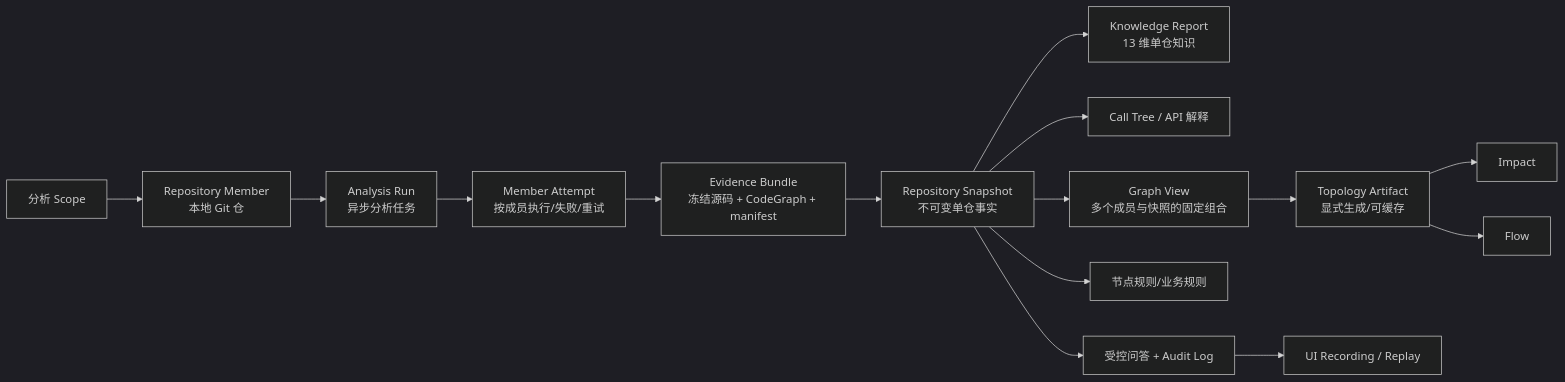
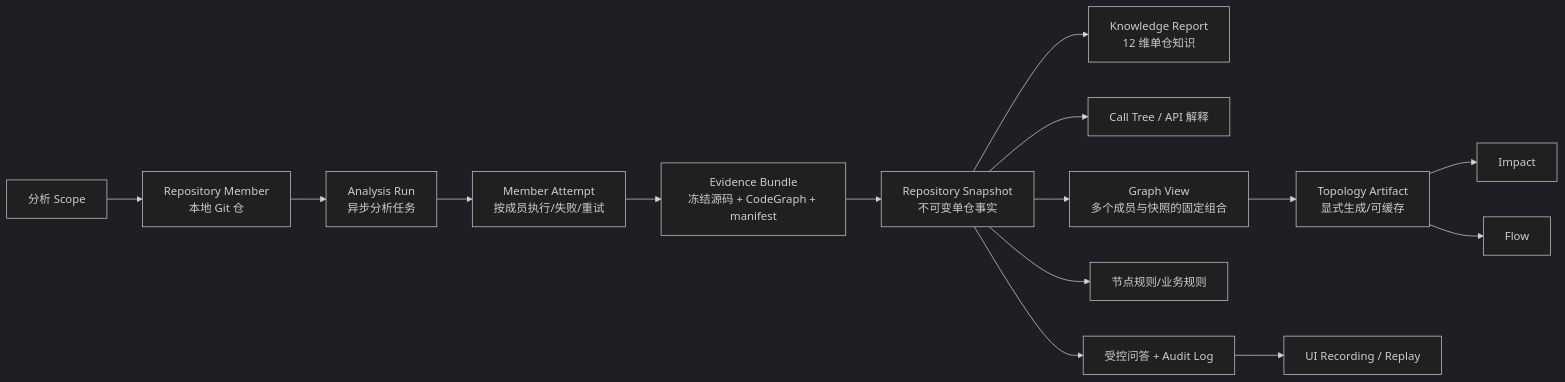
One commit to wenxueliu/codeevolution changed the first of 2 diagrams in docs/prd.md. Above: the diagram before and after it, drawn with Mermaid (dark theme). The commit also changed other lines of this file and 23 other files, not shown here.

````diff
--- a/docs/prd.md
+++ b/docs/prd.md
@@ -72,17 +72,17 @@
 ```mermaid
 flowchart LR
     Scope[分析 Scope] --> Member[Repository Member\n本地 Git 仓]
     Member --> Run[Analysis Run\n异步分析任务]
     Run --> Attempt[Member Attempt\n按成员执行/失败/重试]
     Attempt --> Evidence[Evidence Bundle\n冻结源码 + CodeGraph + manifest]
     Evidence --> Snapshot[Repository Snapshot\n不可变单仓事实]
-    Snapshot --> Knowledge[Knowledge Report\n13 维单仓知识]
+    Snapshot --> Knowledge[Knowledge Report\n12 维单仓知识]
     Snapshot --> Chain[Call Tree / API 解释]
     Snapshot --> Chat[受控问答 + Audit Log]
     Snapshot --> Rule[节点规则/业务规则]
     Snapshot --> View[Graph View\n多个成员与快照的固定组合]
     View --> Artifact[Topology Artifact\n显式生成/可缓存]
     Artifact --> Impact[Impact]
     Artifact --> Flow[Flow]
     Chat --> UITest[UI Recording / Replay]
 ```
````
